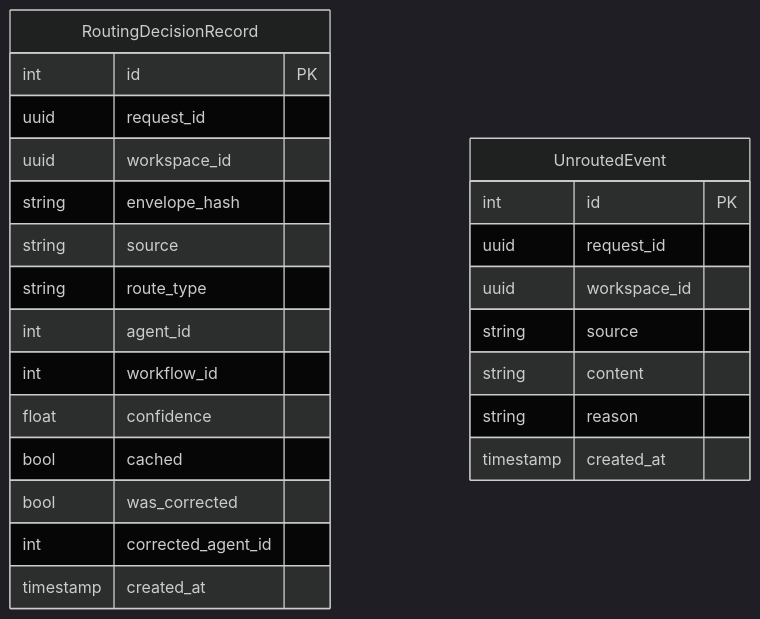
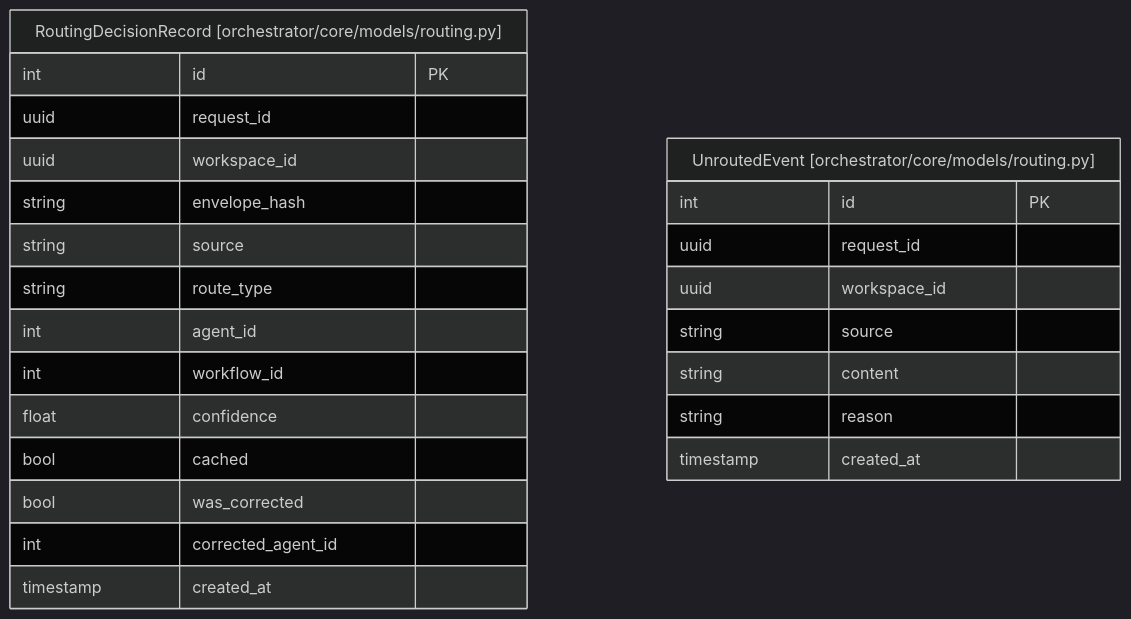
The second of 3 diagrams in docs/universal-router/_index.md (AutomatosAI/automatos-ai), drawn with Mermaid (dark theme) before and after one commit. The commit also changed other lines of this file and 153 other files, not shown here.

````diff
--- a/docs/universal-router/_index.md
+++ b/docs/universal-router/_index.md
@@ -150,28 +129,28 @@
 ```mermaid
 erDiagram
-    "RoutingDecisionRecord" {
+    "RoutingDecisionRecord [orchestrator/core/models/routing.py]" {
         int id PK
         uuid request_id
         uuid workspace_id
         string envelope_hash
         string source
         string route_type
         int agent_id
         int workflow_id
         float confidence
         bool cached
         bool was_corrected
         int corrected_agent_id
         timestamp created_at
     }
     
-    "UnroutedEvent" {
+    "UnroutedEvent [orchestrator/core/models/routing.py]" {
         int id PK
         uuid request_id
         uuid workspace_id
         string source
         string content
         string reason
         timestamp created_at
     }
 ```
````
